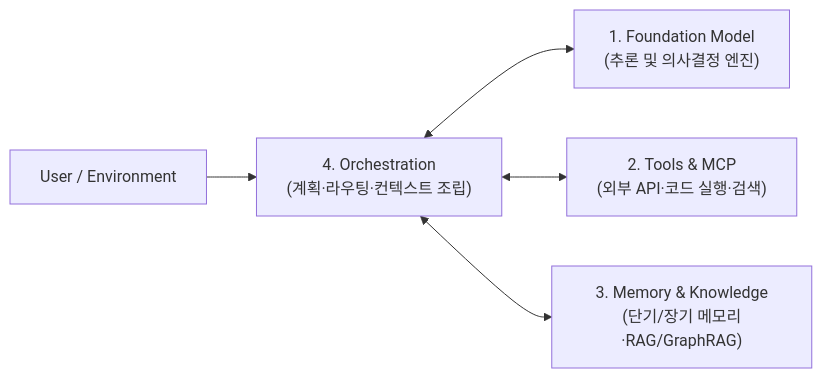
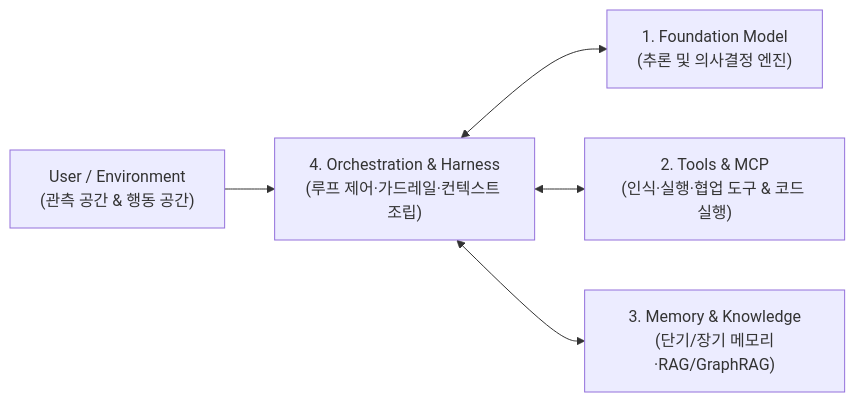
Before and after one commit to gdtknight/TechWiki-RN-FullStack: the diagram in concepts/AI Agent Architecture.md, drawn with Mermaid. The commit also changed other lines of this file and 74 other files, not shown here.

Commit message:
feat(wiki): complete 70-page knowledge graph with React, RN, and Expo official docs

````diff
--- a/concepts/AI Agent Architecture.md
+++ b/concepts/AI Agent Architecture.md
@@ -43,7 +50,7 @@
 ```mermaid
 flowchart LR
-    User["User / Environment"] --> Orch["4. Orchestration<br/>(계획·라우팅·컨텍스트 조립)"]
+    User["User / Environment<br/>(관측 공간 & 행동 공간)"] --> Orch["4. Orchestration & Harness<br/>(루프 제어·가드레일·컨텍스트 조립)"]
     Orch <--> Model["1. Foundation Model<br/>(추론 및 의사결정 엔진)"]
-    Orch <--> Tools["2. Tools & MCP<br/>(외부 API·코드 실행·검색)"]
+    Orch <--> Tools["2. Tools & MCP<br/>(인식·실행·협업 도구 & 코드 실행)"]
     Orch <--> Mem["3. Memory & Knowledge<br/>(단기/장기 메모리·RAG/GraphRAG)"]
 ```
````
